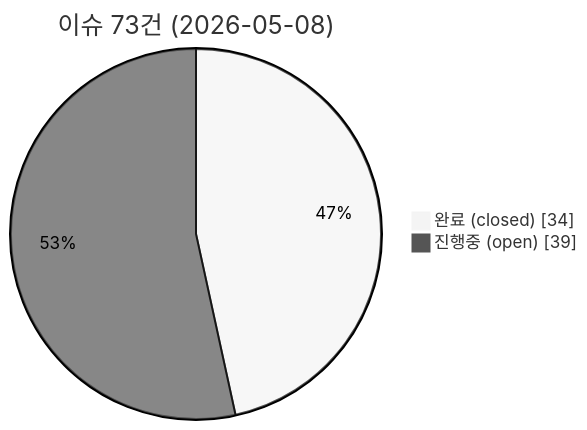
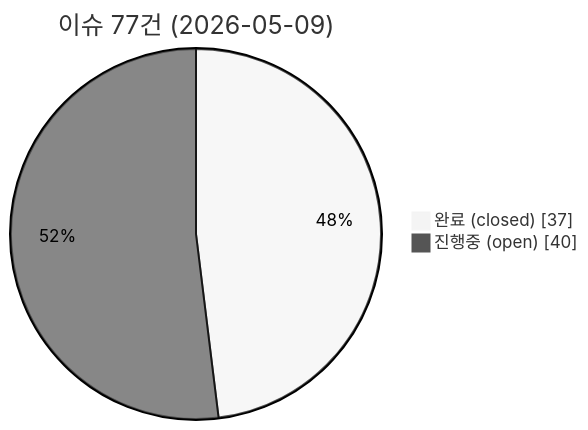
The first of 4 diagrams in README.md (holee9/MD-process), drawn with Mermaid (neutral theme) before and after one commit. The commit also changed other lines of this file, not shown here.

````diff
--- a/README.md
+++ b/README.md
@@ -88,6 +88,6 @@
 ```mermaid
 pie showData
-    title 이슈 73건 (2026-05-08)
-    "완료 (closed)" : 34
-    "진행중 (open)" : 39
+    title 이슈 77건 (2026-05-09)
+    "완료 (closed)" : 37
+    "진행중 (open)" : 40
 ```
````
